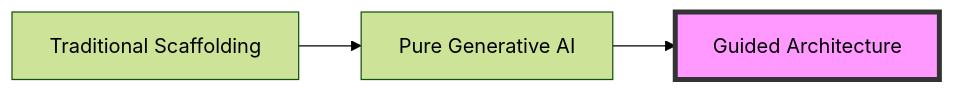
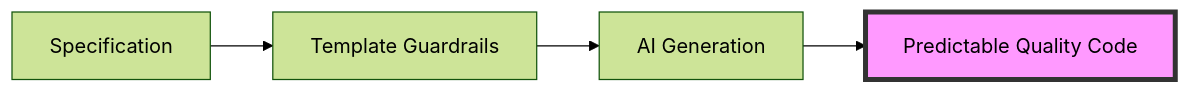
One commit to thiagobutignon/spec-kit-clean-archicteture changed the first of 2 diagrams in README.md. Above: the diagram before and after it, drawn with Mermaid (forest theme). The commit also changed other lines of this file and 2 other files, not shown here.

````diff
--- a/README.md
+++ b/README.md
@@ -19,7 +29,8 @@
 ```mermaid
 graph LR
-    A[Traditional Scaffolding] --> B[Pure Generative AI]
-    B --> C[Guided Architecture]
+    A[Specification] --> B[Template Guardrails]
+    B --> C[AI Generation]
+    C --> D[Predictable Quality Code]
 
-    style C fill:#f9f,stroke:#333,stroke-width:4px
+    style D fill:#f9f,stroke:#333,stroke-width:4px
 ```
````
